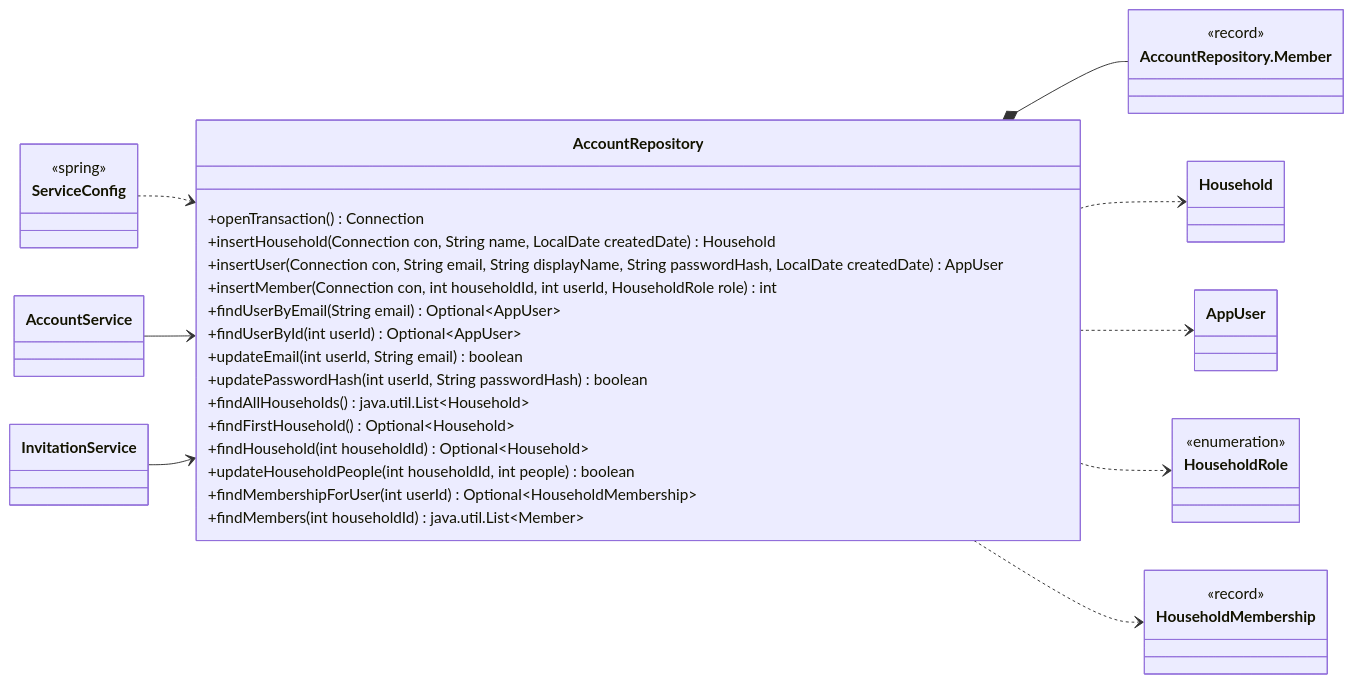
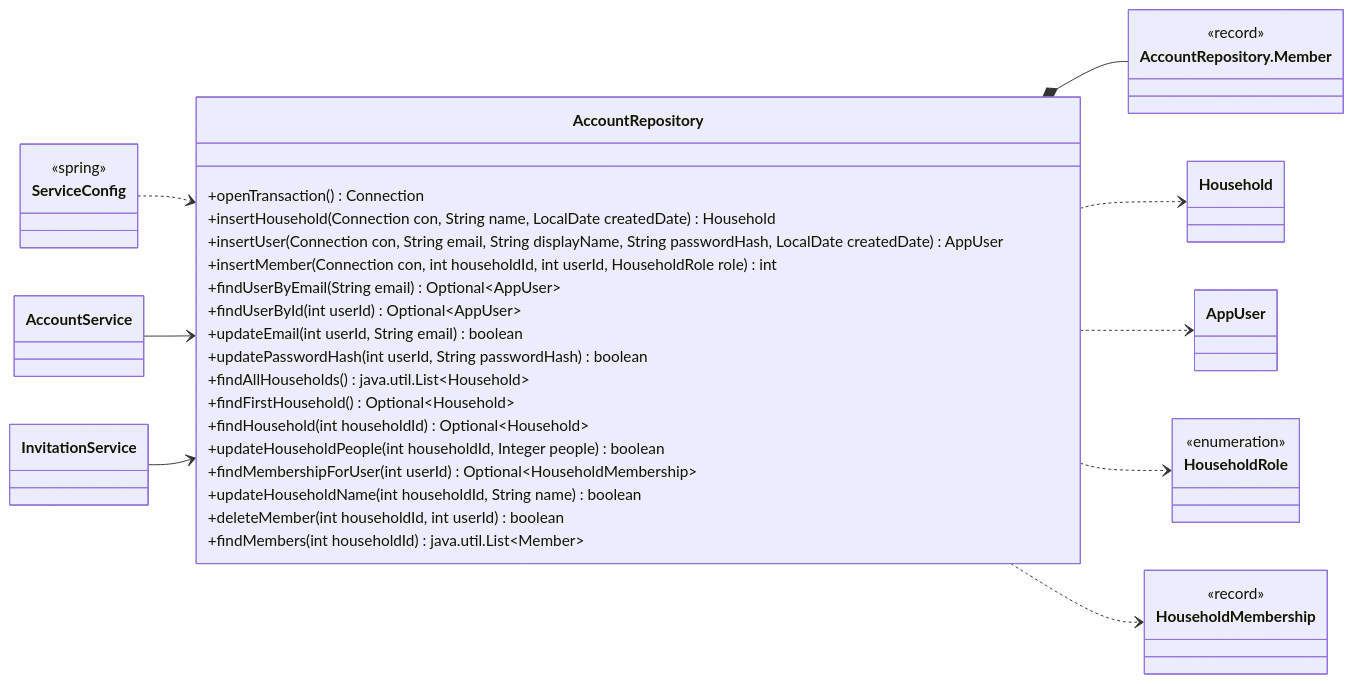
The second of 26 diagrams in docs/classes/auth.md (Nate-ryan-7690/dahaem), drawn with Mermaid before and after one commit. The commit also changed other lines of this file and 5 other files, not shown here.

````diff
--- a/docs/classes/auth.md
+++ b/docs/classes/auth.md
@@ -132,44 +132,46 @@
 ```mermaid
 classDiagram
     direction LR
     class auth_AccountRepository["AccountRepository"] {
         +openTransaction() Connection
         +insertHousehold(Connection con, String name, LocalDate createdDate) Household
         +insertUser(Connection con, String email, String displayName, String passwordHash, LocalDate createdDate) AppUser
         +insertMember(Connection con, int householdId, int userId, HouseholdRole role) int
         +findUserByEmail(String email) Optional~AppUser~
         +findUserById(int userId) Optional~AppUser~
         +updateEmail(int userId, String email) boolean
         +updatePasswordHash(int userId, String passwordHash) boolean
         +findAllHouseholds() java.util.List~Household~
         +findFirstHousehold() Optional~Household~
         +findHousehold(int householdId) Optional~Household~
-        +updateHouseholdPeople(int householdId, int people) boolean
+        +updateHouseholdPeople(int householdId, Integer people) boolean
         +findMembershipForUser(int userId) Optional~HouseholdMembership~
+        +updateHouseholdName(int householdId, String name) boolean
+        +deleteMember(int householdId, int userId) boolean
         +findMembers(int householdId) java.util.List~Member~
     }
     class auth_AccountRepository_Member["AccountRepository.Member"] {
         <<record>>
     }
     class auth_AccountService["AccountService"]
     class auth_InvitationService["InvitationService"]
     class auth_Household["Household"]
     class auth_AppUser["AppUser"]
     class auth_HouseholdRole["HouseholdRole"] {
         <<enumeration>>
     }
     class auth_HouseholdMembership["HouseholdMembership"] {
         <<record>>
     }
     class api_ServiceConfig["ServiceConfig"] {
         <<spring>>
     }
     auth_AccountRepository *-- auth_AccountRepository_Member
     auth_AccountRepository ..> auth_Household
     auth_AccountRepository ..> auth_AppUser
     auth_AccountRepository ..> auth_HouseholdRole
     auth_AccountRepository ..> auth_HouseholdMembership
     api_ServiceConfig ..> auth_AccountRepository
     auth_AccountService --> auth_AccountRepository
     auth_InvitationService --> auth_AccountRepository
 ```
````
